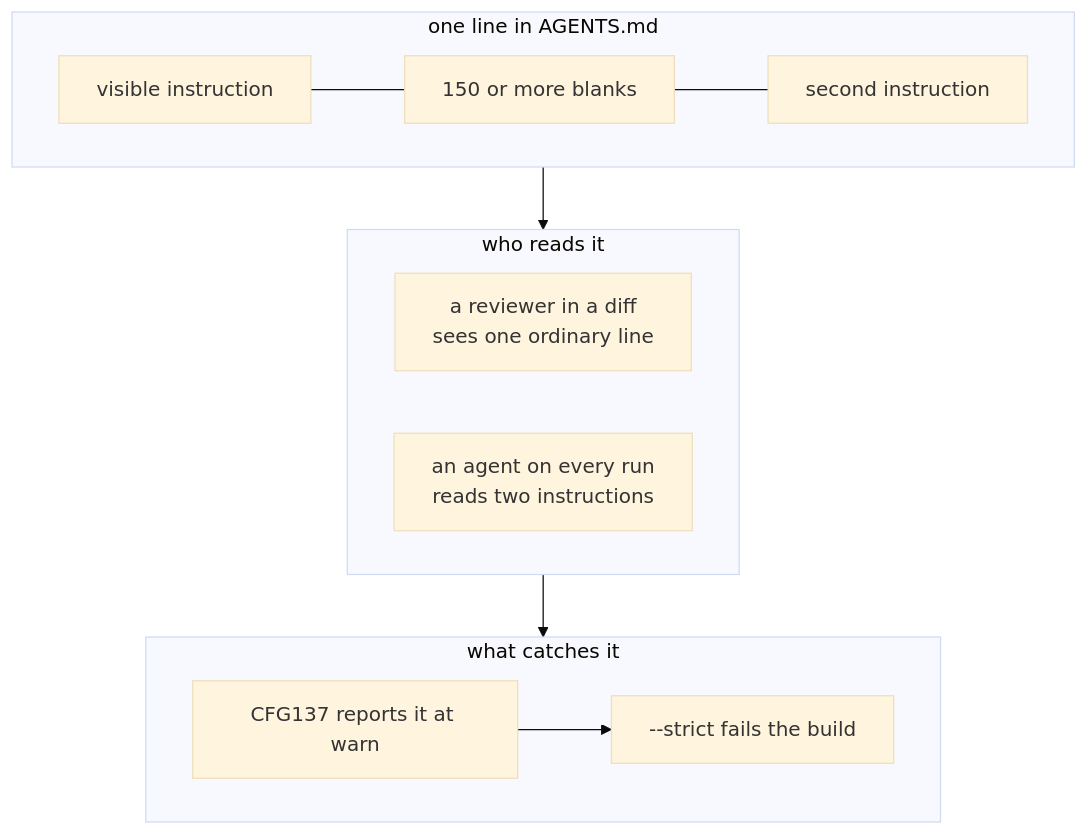
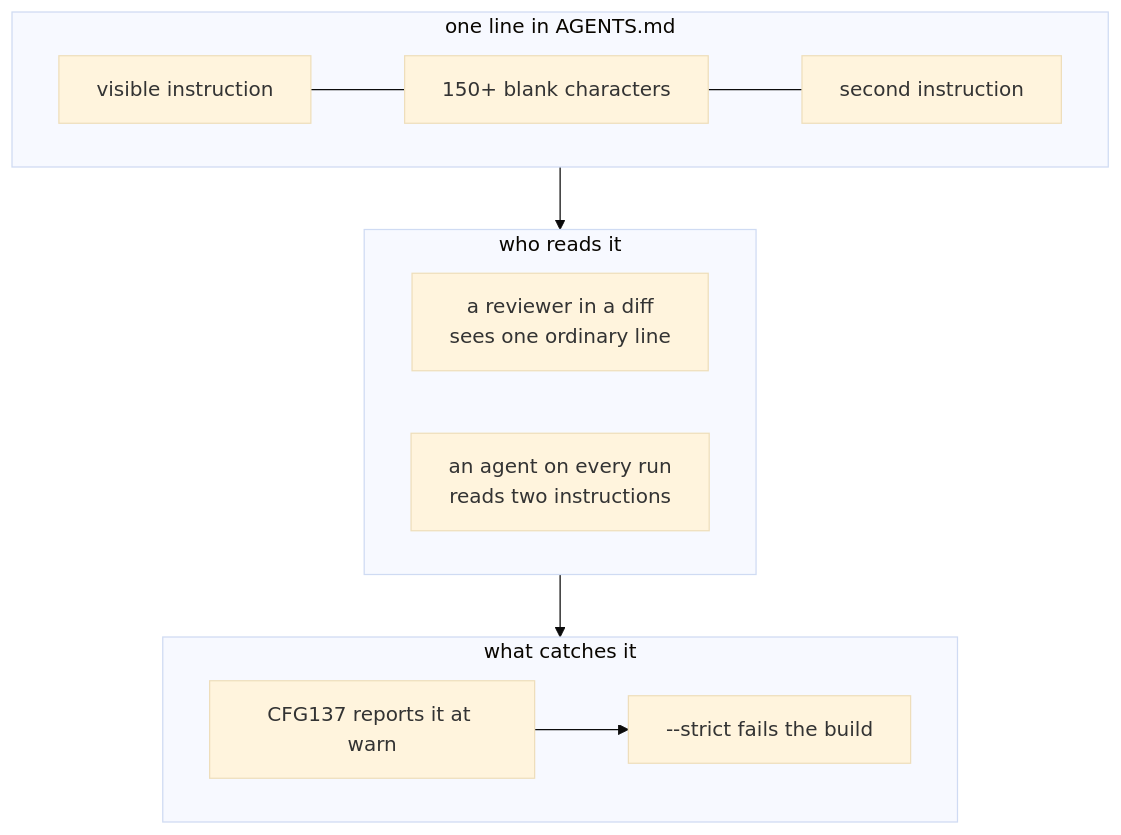
Before and after one commit to prascli/blog: the diagram in src/diagrams/hidden-text-in-agent-instruction-files-0.mmd, drawn with Mermaid (base theme). The commit also changed 6 other files, not shown here.

```diff
--- a/src/diagrams/hidden-text-in-agent-instruction-files-0.mmd
+++ b/src/diagrams/hidden-text-in-agent-instruction-files-0.mmd
@@ -1,15 +1,15 @@
 flowchart TB
   subgraph LINE["one line in AGENTS.md"]
     direction LR
-    V1["visible instruction"] --- GAP["150 or more blanks"] --- V2["second instruction"]
+    V1["visible instruction"] --- GAP["150+ blank characters"] --- V2["second instruction"]
   end
   subgraph WHO["who reads it"]
     direction LR
     H["a reviewer in a diff<br/>sees one ordinary line"]
     A["an agent on every run<br/>reads two instructions"]
   end
   subgraph RULE["what catches it"]
     direction LR
     C["CFG137 reports it at warn"] --> S["--strict fails the build"]
   end
   LINE --> WHO --> RULE
```
